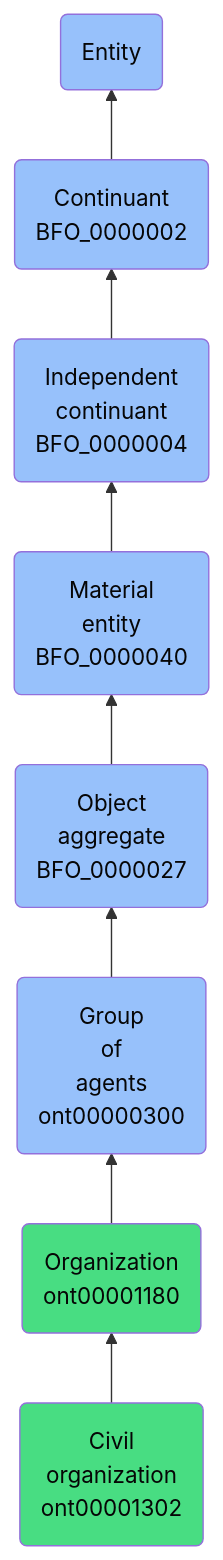
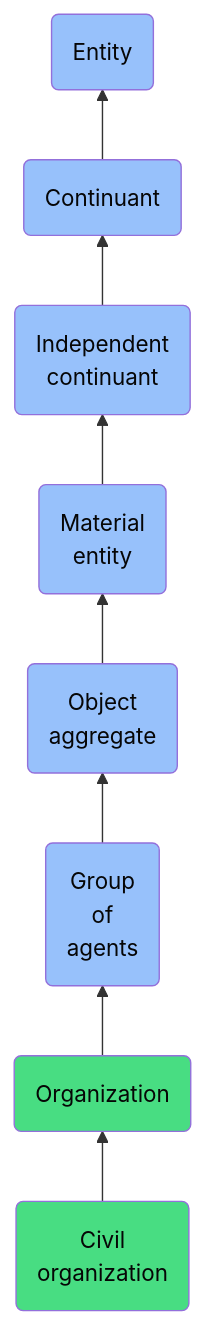
Before and after one commit to jupyter-naas/abi: the diagram in docs/ontology/reference/model/Entity/Continuant/Independent continuant/Material entity/Object aggregate/Group of agents/Organization/Civil organization/Civil organization.md, drawn with Mermaid. The commit also changed other lines of this file and 1430 other files, not shown here.

````diff
--- a/docs/ontology/reference/model/Entity/Continuant/Independent continuant/Material entity/Object aggregate/Group of agents/Organization/Civil organization/Civil organization.md
+++ b/docs/ontology/reference/model/Entity/Continuant/Independent continuant/Material entity/Object aggregate/Group of agents/Organization/Civil organization/Civil organization.md
@@ -24,15 +24,15 @@
 ```mermaid
 graph BT
-    ont00001302(Civil<br>organization<br>ont00001302):::ABI-->ont00001180
-    ont00001180(Organization<br>ont00001180):::ABI-->ont00000300
-    ont00000300(Group<br>of<br>agents<br>ont00000300):::BFO-->BFO_0000027
-    BFO_0000027(Object<br>aggregate<br>BFO_0000027):::BFO-->BFO_0000040
-    BFO_0000040(Material<br>entity<br>BFO_0000040):::BFO-->BFO_0000004
-    BFO_0000004(Independent<br>continuant<br>BFO_0000004):::BFO-->BFO_0000002
-    BFO_0000002(Continuant<br>BFO_0000002):::BFO-->BFO_0000001
+    ont00001302(Civil<br>organization):::ABI-->ont00001180
+    ont00001180(Organization):::ABI-->ont00000300
+    ont00000300(Group<br>of<br>agents):::BFO-->BFO_0000027
+    BFO_0000027(Object<br>aggregate):::BFO-->BFO_0000040
+    BFO_0000040(Material<br>entity):::BFO-->BFO_0000004
+    BFO_0000004(Independent<br>continuant):::BFO-->BFO_0000002
+    BFO_0000002(Continuant):::BFO-->BFO_0000001
     BFO_0000001(Entity):::BFO
     
     classDef BFO fill:#97c1fb,color:#060606
     classDef CCO fill:#e4c51e,color:#060606
     classDef ABI fill:#48DD82,color:#060606
 ```
````
